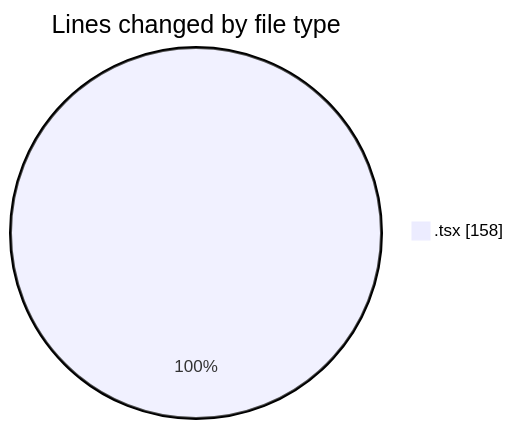
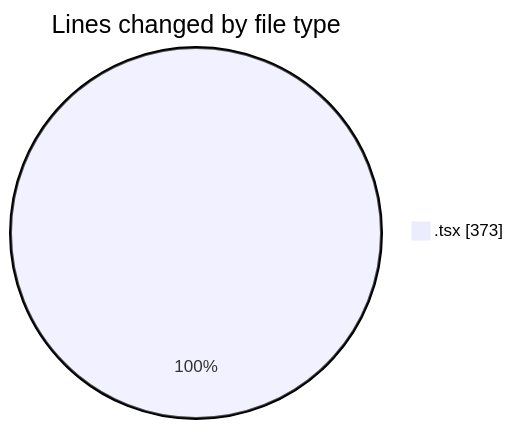
Before and after one commit to momahboobian/code-tracking: the first of 2 diagrams in 2025-04-07/cda/README.md, drawn with Mermaid. The commit also changed other lines of this file and 1 other file, not shown here.

````diff
--- a/2025-04-07/cda/README.md
+++ b/2025-04-07/cda/README.md
@@ -20,5 +21,5 @@
 ```mermaid
 pie showData
 title Lines changed by file type
-".tsx" : 158
+".tsx" : 373
 ```
````
